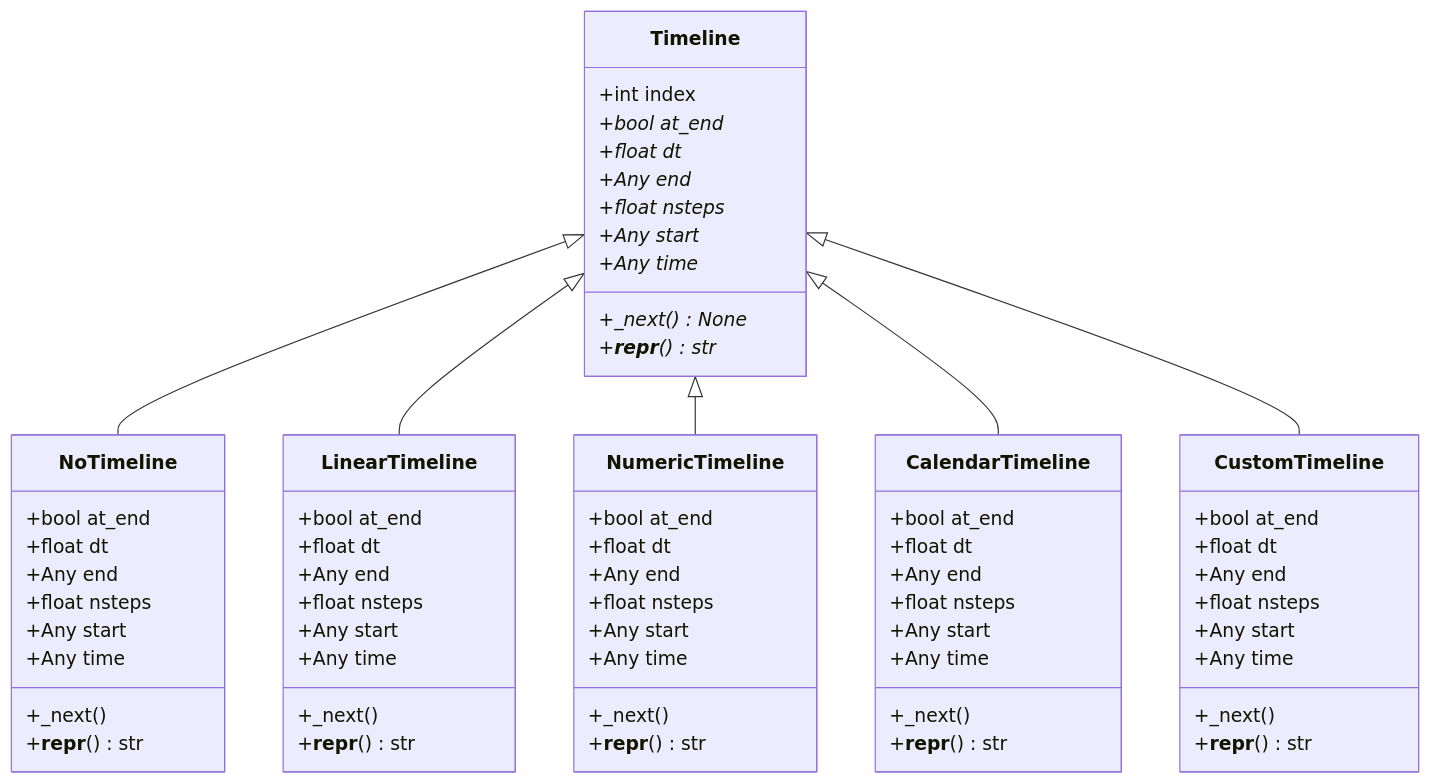
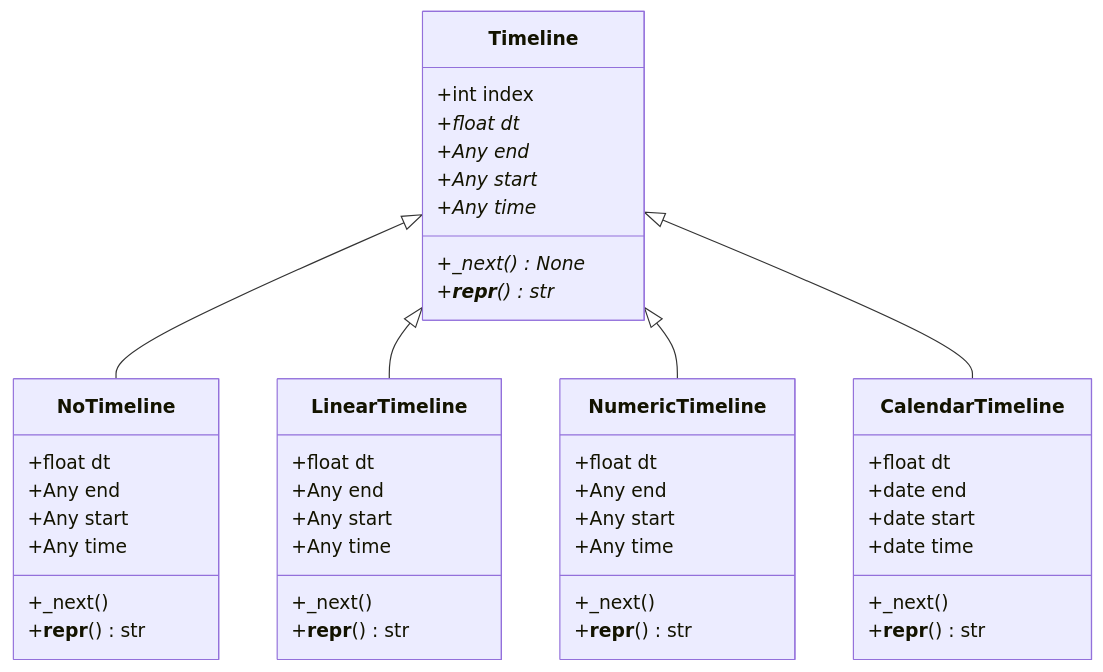
Before and after one commit to virgesmith/neworder: the diagram in docs/overview.md, drawn with Mermaid. The commit also changed other lines of this file and 19 other files, not shown here.

````diff
--- a/docs/overview.md
+++ b/docs/overview.md
@@ -40,75 +40,53 @@
 ``` mermaid
 classDiagram
   Timeline <|-- NoTimeline
   Timeline <|-- LinearTimeline
   Timeline <|-- NumericTimeline
   Timeline <|-- CalendarTimeline
-  Timeline <|-- CustomTimeline
 
   class Timeline {
     +int index
-    +bool at_end*
     +float dt*
     +Any end*
-    +float nsteps*
     +Any start*
     +Any time*
     +_next() None*
     +__repr__() str*
   }
 
   class NoTimeline {
-    +bool at_end
     +float dt
     +Any end
-    +float nsteps
     +Any start
     +Any time
     +_next()
     +__repr__() str
   }
 
   class LinearTimeline {
-    +bool at_end
     +float dt
     +Any end
-    +float nsteps
     +Any start
     +Any time
     +_next()
     +__repr__() str
   }
 
   class NumericTimeline {
-    +bool at_end
     +float dt
     +Any end
-    +float nsteps
     +Any start
     +Any time
     +_next()
     +__repr__() str
   }
 
   class CalendarTimeline {
-    +bool at_end
     +float dt
-    +Any end
-    +float nsteps
-    +Any start
-    +Any time
-    +_next()
-    +__repr__() str
-  }
-
-  class CustomTimeline {
-    +bool at_end
-    +float dt
-    +Any end
-    +float nsteps
-    +Any start
-    +Any time
+    +date end
+    +date start
+    +date time
     +_next()
     +__repr__() str
   }
 ```
````
